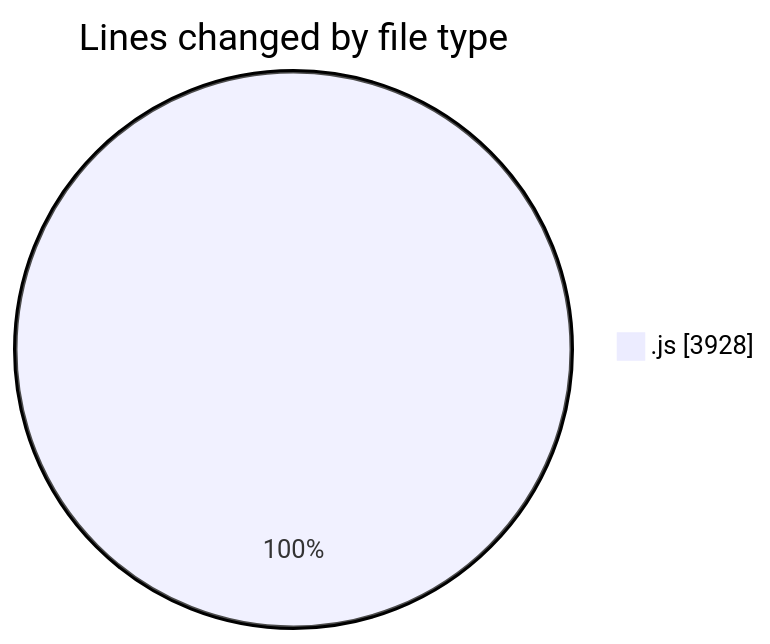
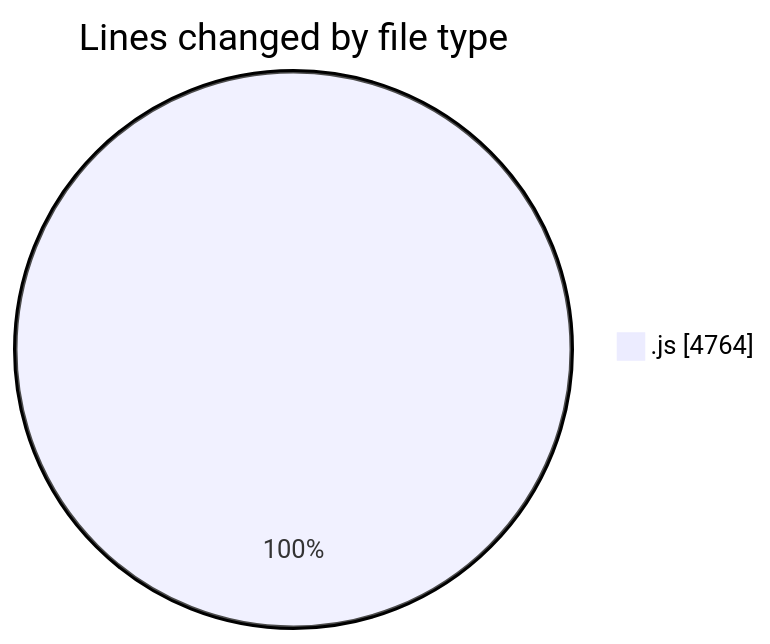
The first of 2 diagrams in 2025-09-02/nxtqube_webapp/README.md (nxtqubesakshisongat/code-tracking), drawn with Mermaid before and after one commit. The commit also changed other lines of this file and 1 other file, not shown here.

````diff
--- a/2025-09-02/nxtqube_webapp/README.md
+++ b/2025-09-02/nxtqube_webapp/README.md
@@ -20,5 +20,5 @@
 ```mermaid
 pie showData
 title Lines changed by file type
-".js" : 3928
+".js" : 4764
 ```
````
